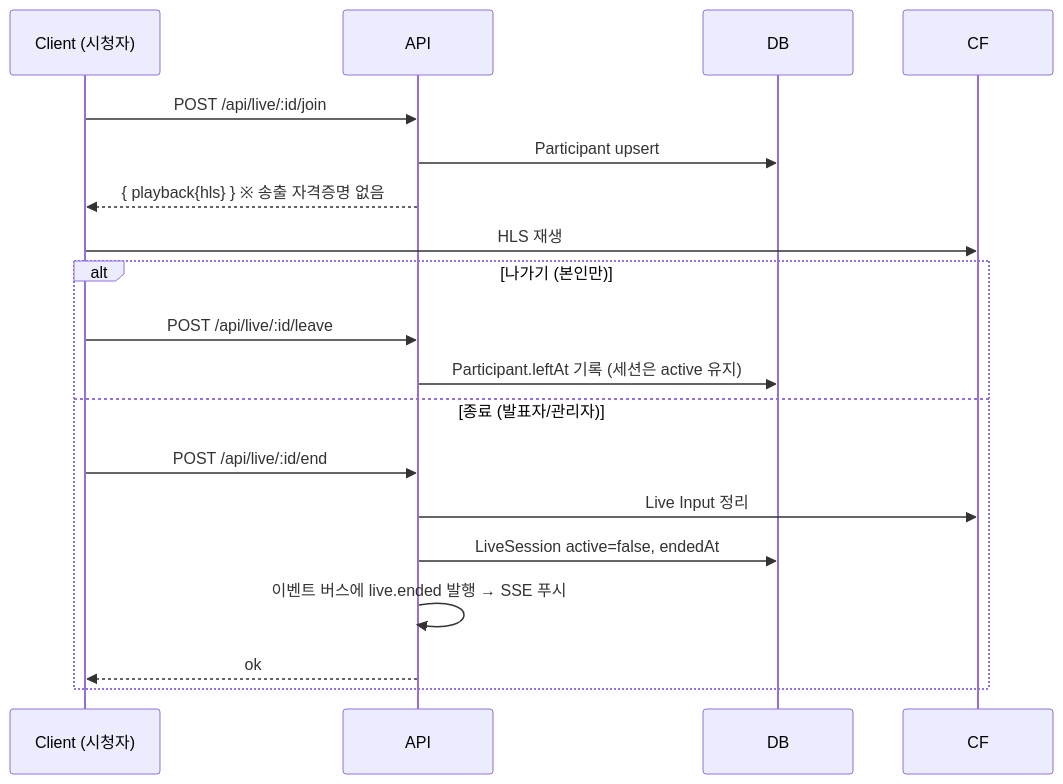
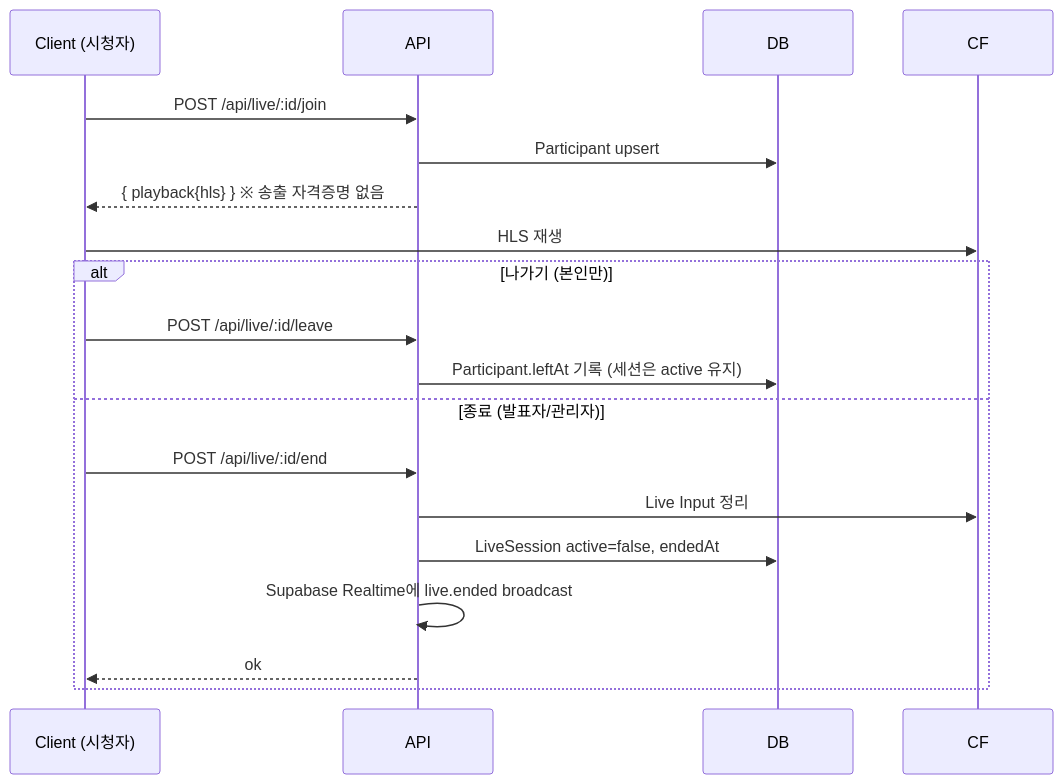
The fourth of 9 diagrams in docs/dev/SEQUENCE_DIAGRAM.md (csm-kr/haparkchopaeng-workspace), drawn with Mermaid before and after one commit. The commit also changed other lines of this file and 10 other files, not shown here.

````diff
--- a/docs/dev/SEQUENCE_DIAGRAM.md
+++ b/docs/dev/SEQUENCE_DIAGRAM.md
@@ -85,22 +85,22 @@
 ```mermaid
 sequenceDiagram
   participant V as Client (시청자)
   participant A as API
   participant D as DB
   participant C as CF
   V->>A: POST /api/live/:id/join
   A->>D: Participant upsert
   A-->>V: { playback{hls} }  ※ 송출 자격증명 없음
   V->>C: HLS 재생
 
   alt 나가기 (본인만)
     V->>A: POST /api/live/:id/leave
     A->>D: Participant.leftAt 기록 (세션은 active 유지)
   else 종료 (발표자/관리자)
     V->>A: POST /api/live/:id/end
     A->>C: Live Input 정리
     A->>D: LiveSession active=false, endedAt
-    A->>A: 이벤트 버스에 live.ended 발행 → SSE 푸시
+    A->>A: Supabase Realtime에 live.ended broadcast
     A-->>V: ok
   end
 ```
````
